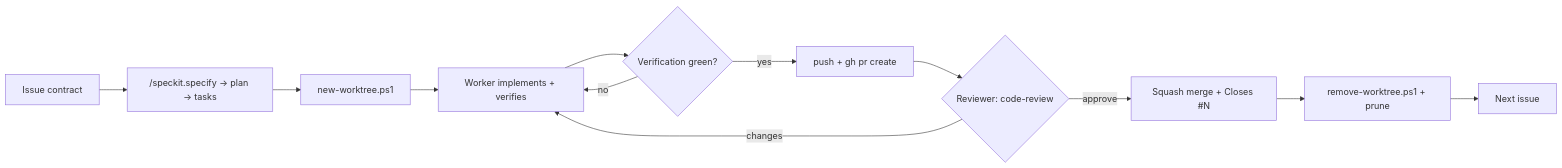
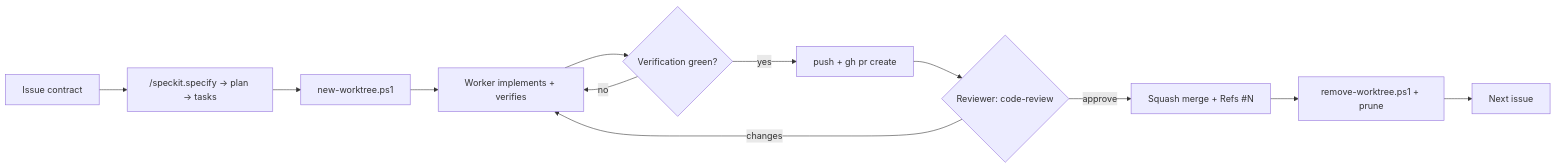
Before and after one commit to yhyu13/DOOM3_AINative: the diagram in docs/GIT_WORKFLOW.md, drawn with Mermaid. The commit also changed other lines of this file and 2 other files, not shown here.

````diff
--- a/docs/GIT_WORKFLOW.md
+++ b/docs/GIT_WORKFLOW.md
@@ -208,14 +211,14 @@
 ```mermaid
 flowchart LR
   A[Issue contract] --> B["/speckit.specify → plan → tasks"]
   B --> C[new-worktree.ps1]
   C --> D[Worker implements + verifies]
   D --> E{Verification green?}
   E -- no --> D
   E -- yes --> F[push + gh pr create]
   F --> G{Reviewer: code-review}
   G -- changes --> D
-  G -- approve --> H[Squash merge + Closes #N]
+  G -- approve --> H[Squash merge + Refs #N]
   H --> I[remove-worktree.ps1 + prune]
   I --> J[Next issue]
 ```
````
